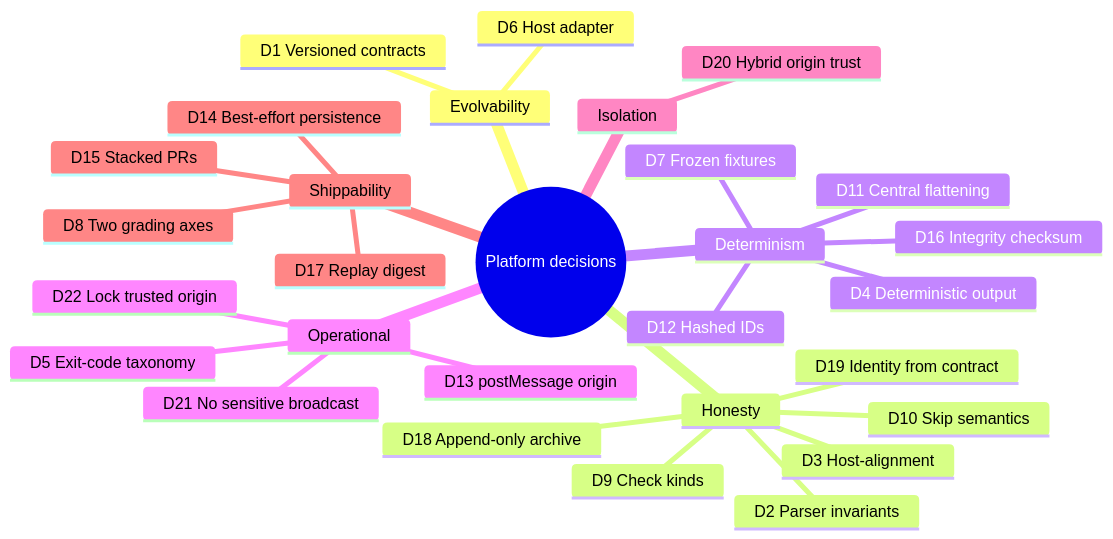
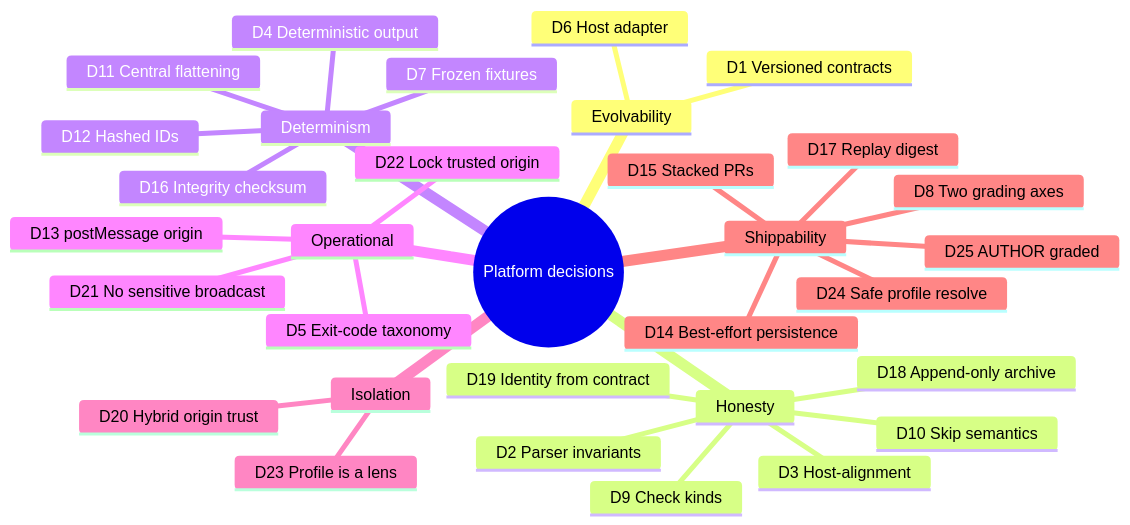
The diagram in docs/question-platform-hardening/05-design-decisions-and-tradeoffs.md (Newton-School/ns-simulator-docs), drawn with Mermaid before and after one commit. The commit also changed other lines of this file and 3 other files, not shown here.

````diff
--- a/docs/question-platform-hardening/05-design-decisions-and-tradeoffs.md
+++ b/docs/question-platform-hardening/05-design-decisions-and-tradeoffs.md
@@ -512,32 +572,35 @@
 ```mermaid
 mindmap
   root((Platform decisions))
     Evolvability
       D1 Versioned contracts
       D6 Host adapter
     Honesty
       D2 Parser invariants
       D3 Host-alignment
       D9 Check kinds
       D10 Skip semantics
       D18 Append-only archive
       D19 Identity from contract
     Determinism
       D4 Deterministic output
       D7 Frozen fixtures
       D11 Central flattening
       D12 Hashed IDs
       D16 Integrity checksum
     Operational
       D5 Exit-code taxonomy
       D13 postMessage origin
       D21 No sensitive broadcast
       D22 Lock trusted origin
     Isolation
       D20 Hybrid origin trust
+      D23 Profile is a lens
     Shippability
       D8 Two grading axes
       D14 Best-effort persistence
       D15 Stacked PRs
       D17 Replay digest
+      D24 Safe profile resolve
+      D25 AUTHOR graded
 ```
````
